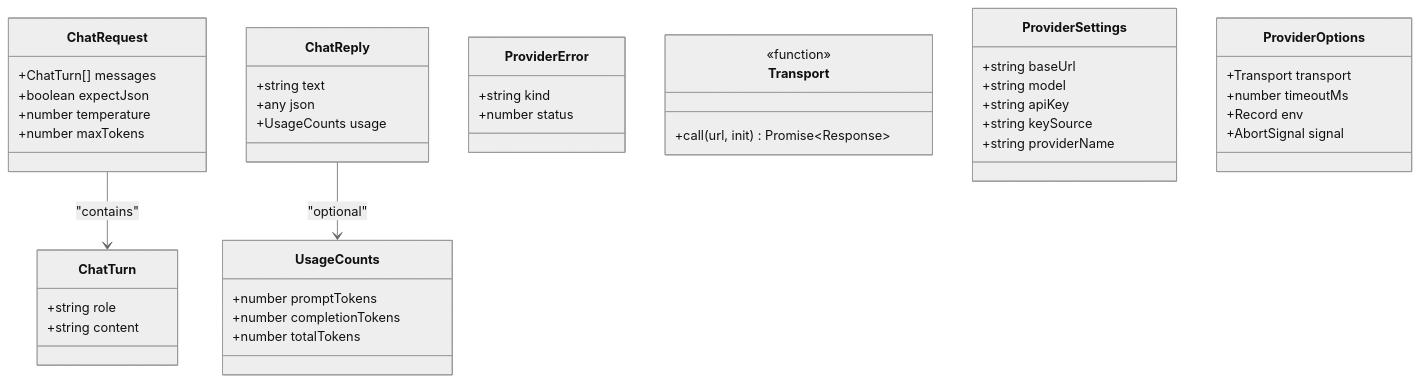
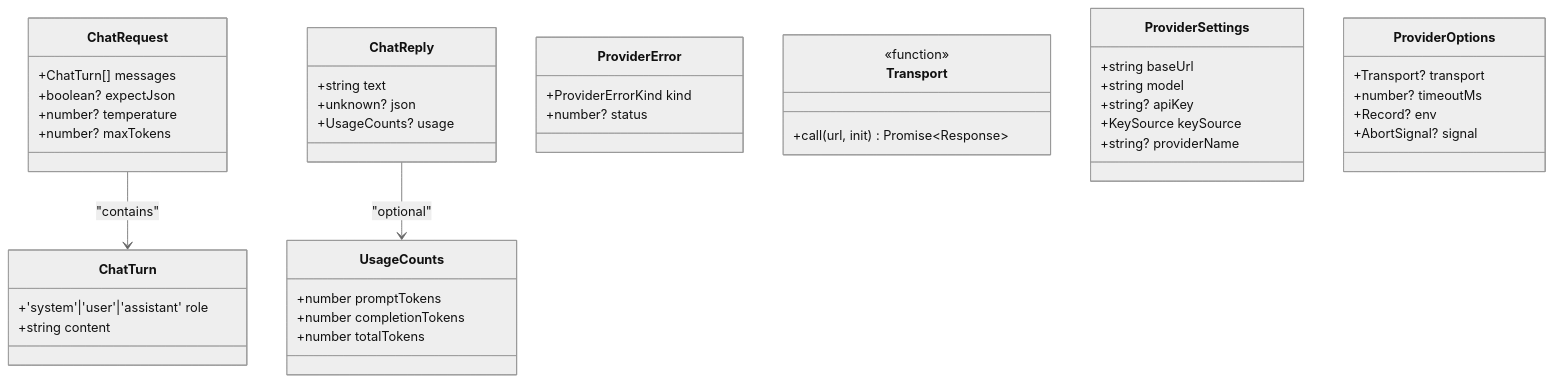
One commit to Kuldeep2822k/palee-architecture changed the third of 9 diagrams in Architecture Decision Records/AI Integration and Phase 2 Design.md. Above: the diagram before and after it, drawn with Mermaid (neutral theme). The commit also changed other lines of this file and 8 other files, not shown here.

Commit message:
docs(adr): fix lifecycle statuses, stale-temp order and planning diagrams

````diff
--- a/Architecture Decision Records/AI Integration and Phase 2 Design.md
+++ b/Architecture Decision Records/AI Integration and Phase 2 Design.md
@@ -119,54 +120,54 @@
 ```mermaid
 classDiagram
     class ChatTurn {
-        +string role
+        +'system'|'user'|'assistant' role
         +string content
     }
 
     class ChatRequest {
         +ChatTurn[] messages
-        +boolean expectJson
-        +number temperature
-        +number maxTokens
+        +boolean? expectJson
+        +number? temperature
+        +number? maxTokens
     }
 
     class UsageCounts {
         +number promptTokens
         +number completionTokens
         +number totalTokens
     }
 
     class ChatReply {
         +string text
-        +any json
-        +UsageCounts usage
+        +unknown? json
+        +UsageCounts? usage
     }
 
     class ProviderError {
-        +string kind
-        +number status
+        +ProviderErrorKind kind
+        +number? status
     }
 
     class Transport {
         <<function>>
         +call(url, init) Promise~Response~
     }
 
     class ProviderSettings {
         +string baseUrl
         +string model
-        +string apiKey
-        +string keySource
-        +string providerName
+        +string? apiKey
+        +KeySource keySource
+        +string? providerName
     }
 
     class ProviderOptions {
-        +Transport transport
-        +number timeoutMs
-        +Record env
-        +AbortSignal signal
+        +Transport? transport
+        +number? timeoutMs
+        +Record? env
+        +AbortSignal? signal
     }
 
     ChatRequest --> ChatTurn : "contains"
     ChatReply --> UsageCounts : "optional"
 ```
````
